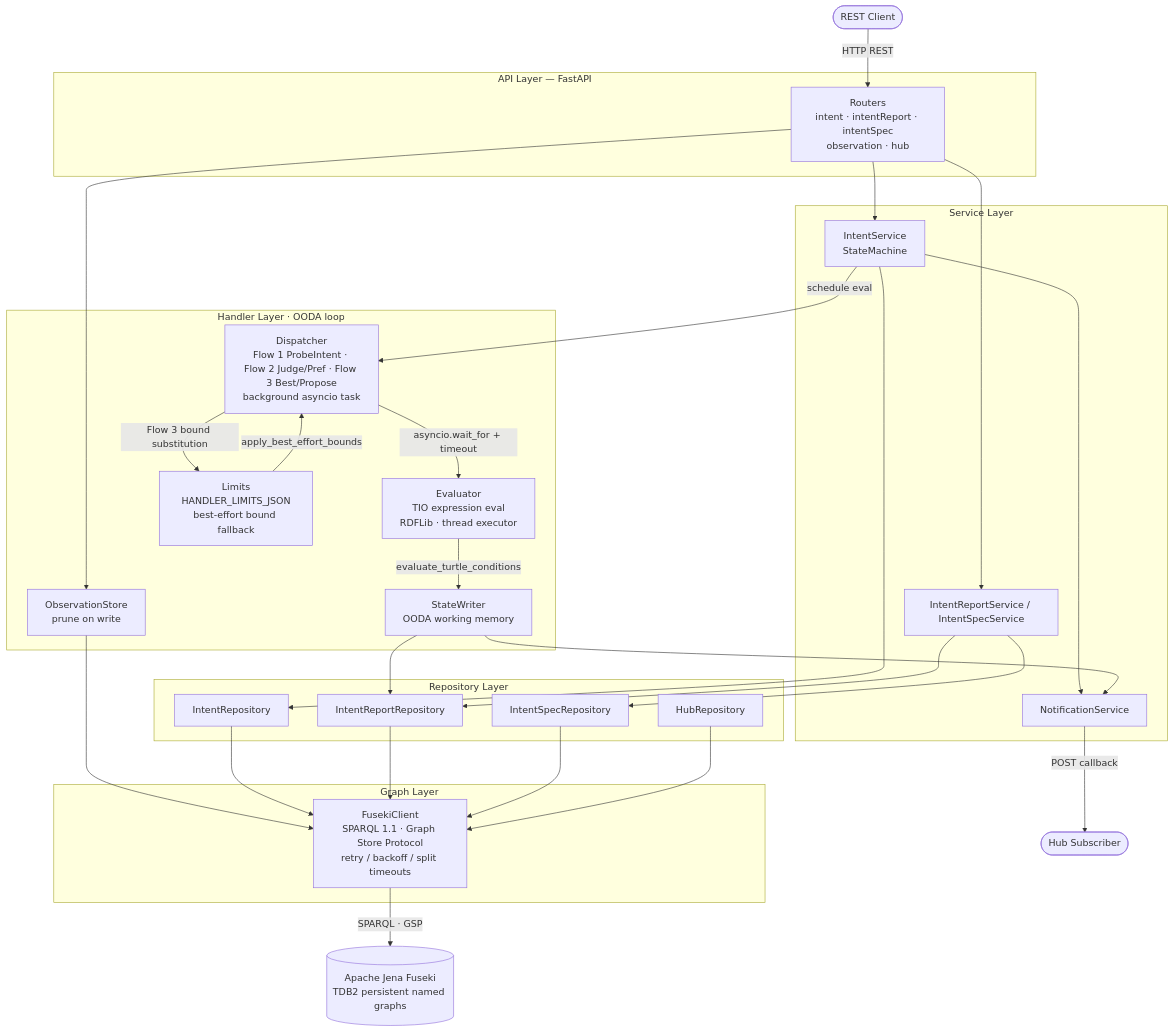
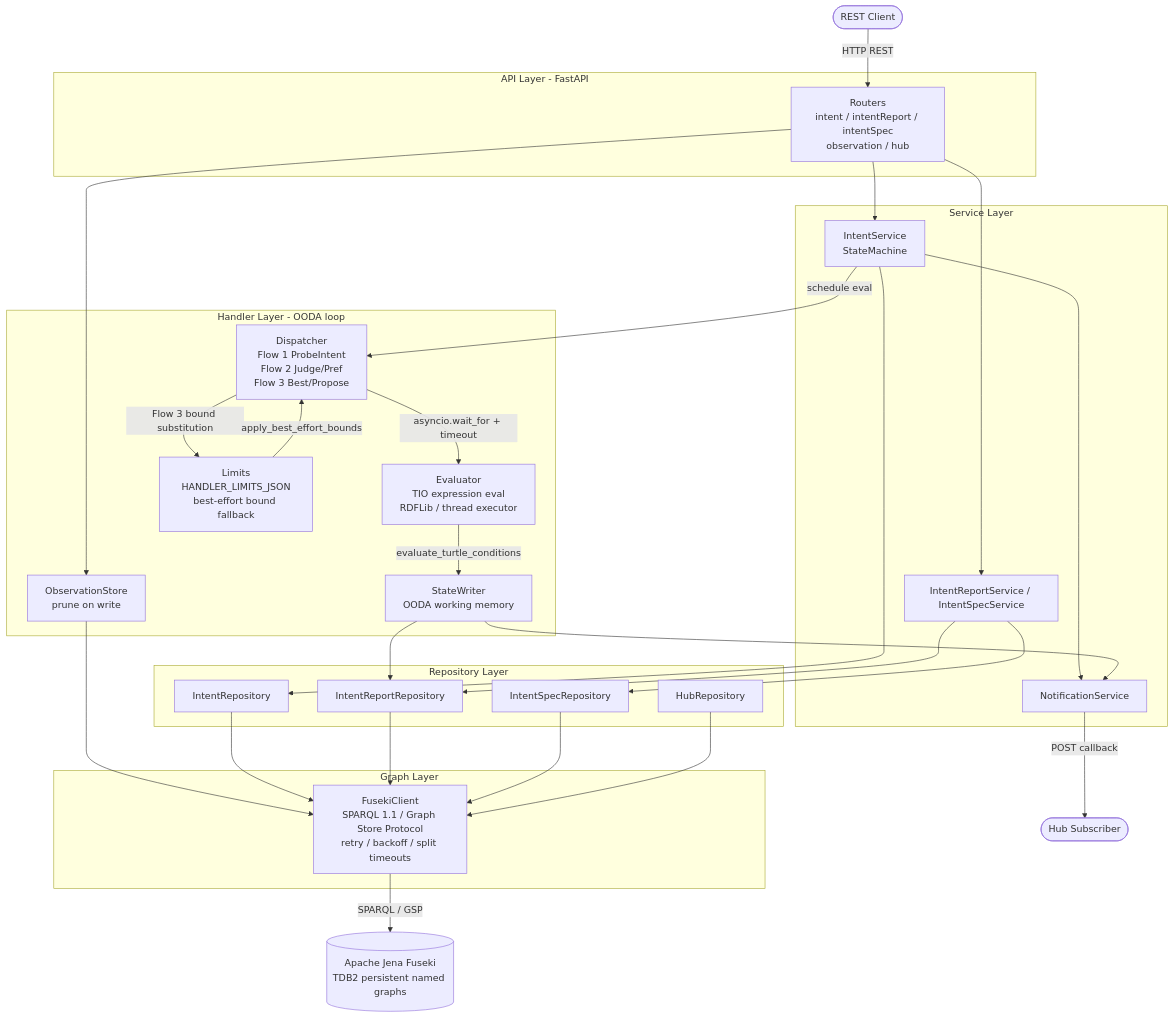
The diagram in README.md (bradspau/BBF_921), drawn with Mermaid before and after one commit.

Commit message:
fix: replace unicode chars and & syntax in Mermaid diagram for VS Code compatibility
Remove middle-dot (U+00B7), em-dash (U+2014), and & multi-target syntax from the
flowchart — all three prevent VS Code Mermaid extensions from detecting the diagram
type. Replace with ASCII hyphens/slashes and expand each edge individually.

````diff
--- a/README.md
+++ b/README.md
@@ -236,51 +236,59 @@
 ```mermaid
 flowchart TD
     Client(["REST Client"])
     Hub(["Hub Subscriber"])
 
-    subgraph api["API Layer — FastAPI"]
-        R["Routers\nintent · intentReport · intentSpec\nobservation · hub"]
+    subgraph api["API Layer - FastAPI"]
+        R["Routers\nintent / intentReport / intentSpec\nobservation / hub"]
     end
 
     subgraph svc["Service Layer"]
         IS["IntentService\nStateMachine"]
         NS["NotificationService"]
         RS["IntentReportService / IntentSpecService"]
     end
 
-    subgraph hdl["Handler Layer  ·  OODA loop"]
-        D["Dispatcher\nFlow 1 ProbeIntent · Flow 2 Judge/Pref · Flow 3 Best/Propose\nbackground asyncio task"]
-        E["Evaluator\nTIO expression eval\nRDFLib · thread executor"]
+    subgraph hdl["Handler Layer - OODA loop"]
+        D["Dispatcher\nFlow 1 ProbeIntent\nFlow 2 Judge/Pref\nFlow 3 Best/Propose"]
+        E["Evaluator\nTIO expression eval\nRDFLib / thread executor"]
         SW["StateWriter\nOODA working memory"]
         OS["ObservationStore\nprune on write"]
         LM["Limits\nHANDLER_LIMITS_JSON\nbest-effort bound fallback"]
     end
 
     subgraph repo["Repository Layer"]
         IR["IntentRepository"]
         RR["IntentReportRepository"]
         SR["IntentSpecRepository"]
         HR["HubRepository"]
     end
 
     subgraph graph["Graph Layer"]
-        FC["FusekiClient\nSPARQL 1.1 · Graph Store Protocol\nretry / backoff / split timeouts"]
+        FC["FusekiClient\nSPARQL 1.1 / Graph Store Protocol\nretry / backoff / split timeouts"]
     end
 
     FDB[("Apache Jena Fuseki\nTDB2 persistent named graphs")]
 
     Client -->|"HTTP REST"| R
-    R --> IS & RS & OS
+    R --> IS
+    R --> RS
+    R --> OS
     IS -->|"schedule eval"| D
-    IS --> NS & IR
-    RS --> RR & SR
+    IS --> NS
+    IS --> IR
+    RS --> RR
+    RS --> SR
     NS -->|"POST callback"| Hub
     D -->|"asyncio.wait_for + timeout"| E
     E -->|"evaluate_turtle_conditions"| SW
     D -->|"Flow 3 bound substitution"| LM
     LM -->|"apply_best_effort_bounds"| D
-    SW --> RR & NS
+    SW --> RR
+    SW --> NS
     OS --> FC
-    IR & RR & SR & HR --> FC
-    FC -->|"SPARQL · GSP"| FDB
+    IR --> FC
+    RR --> FC
+    SR --> FC
+    HR --> FC
+    FC -->|"SPARQL / GSP"| FDB
 ```
````
